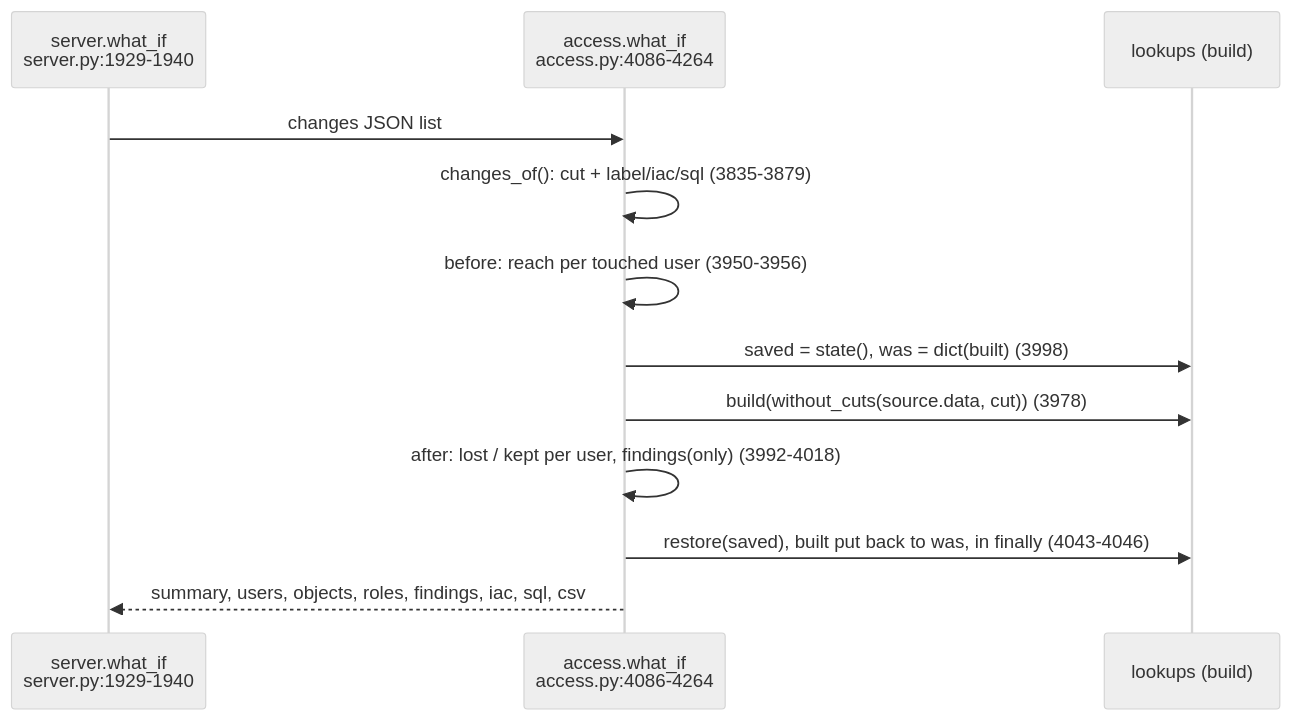
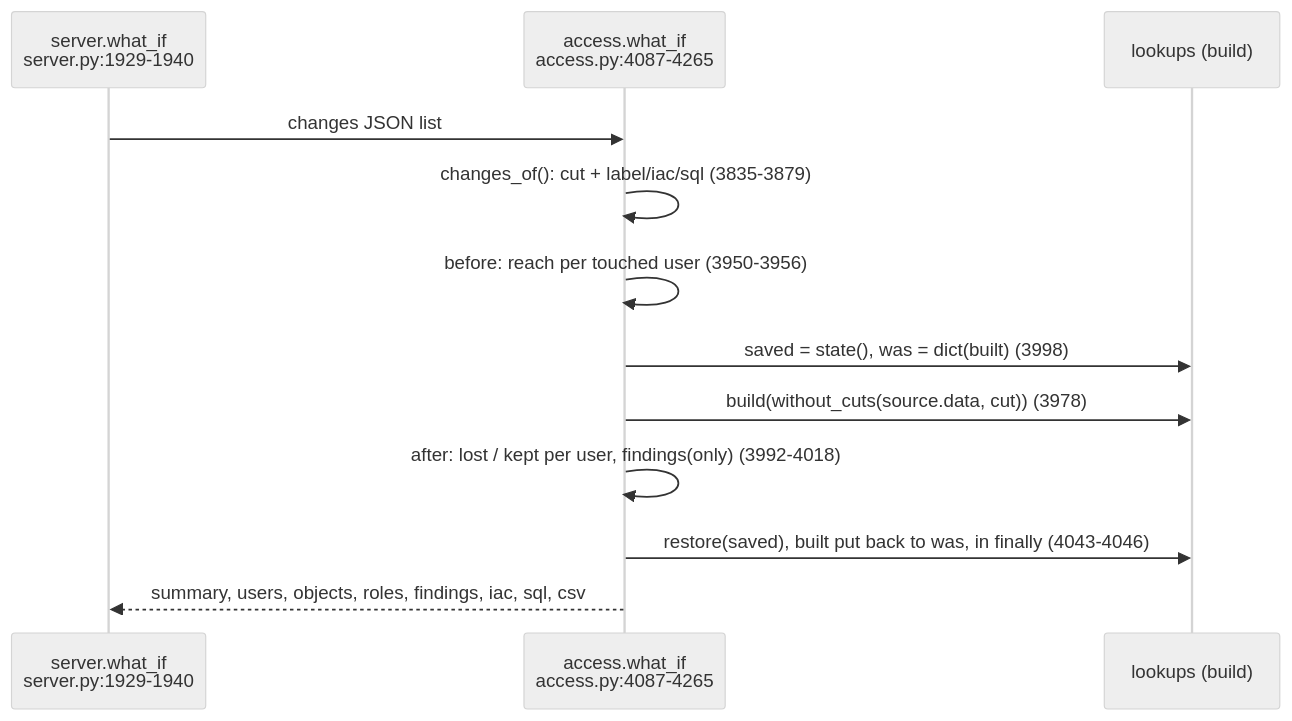
The diagram in snowflake-access-explorer-knowledge-graph/logic/what-if.md (darshanmeel/snowflake-access-explorer), drawn with Mermaid (neutral theme) before and after one commit. The commit also changed other lines of this file and 67 other files, not shown here.

Commit message:
Knowledge graph: QUERY_TAG and STREAMLIT_APP settings, run_sql.py fallback, access.py line refs after 4386 corrected

````diff
--- a/snowflake-access-explorer-knowledge-graph/logic/what-if.md
+++ b/snowflake-access-explorer-knowledge-graph/logic/what-if.md
@@ -6,14 +6,14 @@
 ```mermaid
 sequenceDiagram
   participant S as server.what_if<br/>server.py:1929-1940
-  participant W as access.what_if<br/>access.py:4086-4264
+  participant W as access.what_if<br/>access.py:4087-4265
   participant L as lookups (build)
   S->>W: changes JSON list
   W->>W: changes_of(): cut + label/iac/sql (3835-3879)
   W->>W: before: reach per touched user (3950-3956)
   W->>L: saved = state(), was = dict(built) (3998)
   W->>L: build(without_cuts(source.data, cut)) (3978)
   W->>W: after: lost / kept per user, findings(only) (3992-4018)
   W->>L: restore(saved), built put back to was, in finally (4043-4046)
   W-->>S: summary, users, objects, roles, findings, iac, sql, csv
 ```
````
